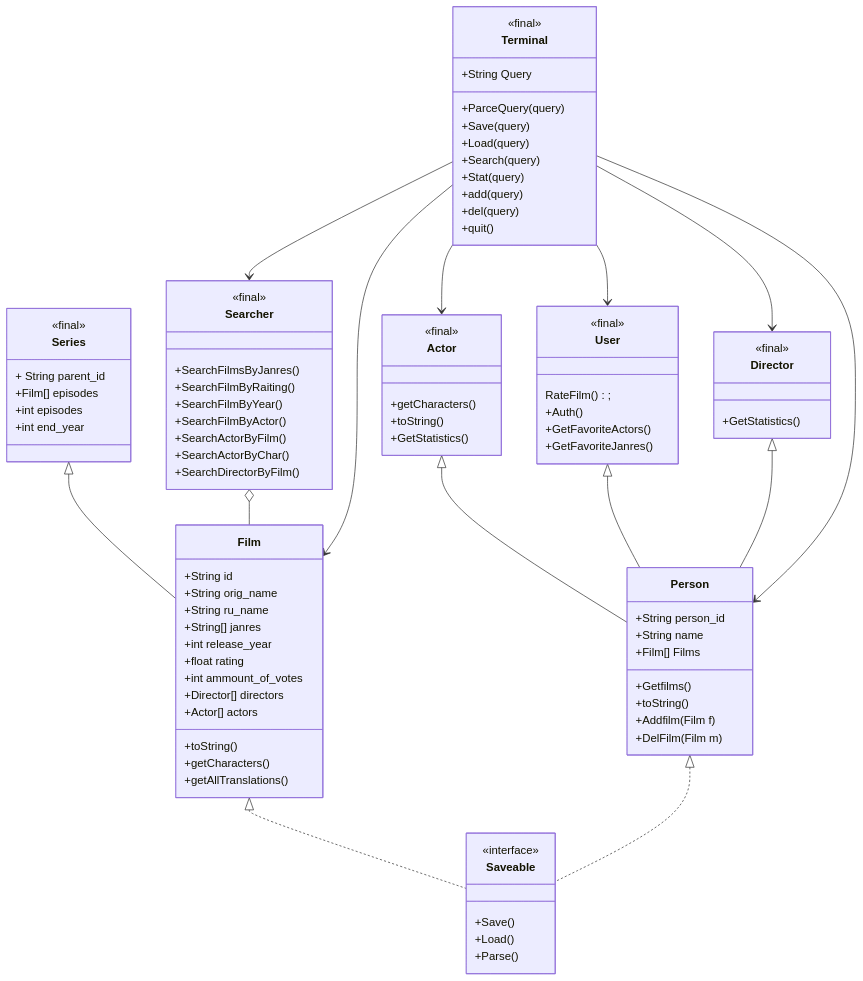
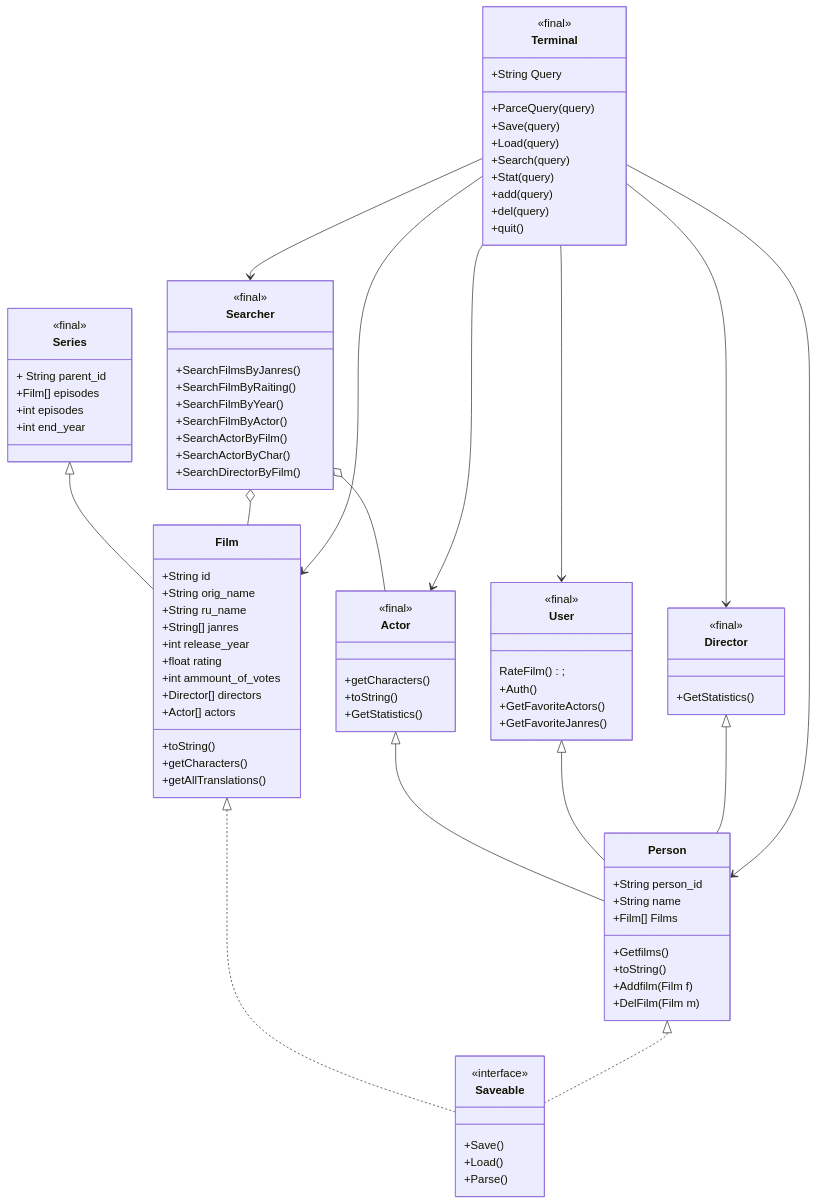
Before and after one commit to mmonastyrskiy/Programming_3_sem: the diagram in Java_OOP/Monastyrskiy/Java_project/docs/structure.md, drawn with Mermaid.

```diff
--- a/Java_OOP/Monastyrskiy/Java_project/docs/structure.md
+++ b/Java_OOP/Monastyrskiy/Java_project/docs/structure.md
@@ -100,6 +100,7 @@
     Film <|.. Saveable
     Person <|.. Saveable
     Searcher o-- Film
+    Searcher o-- Actor
     
     
     Terminal --> Searcher
```
